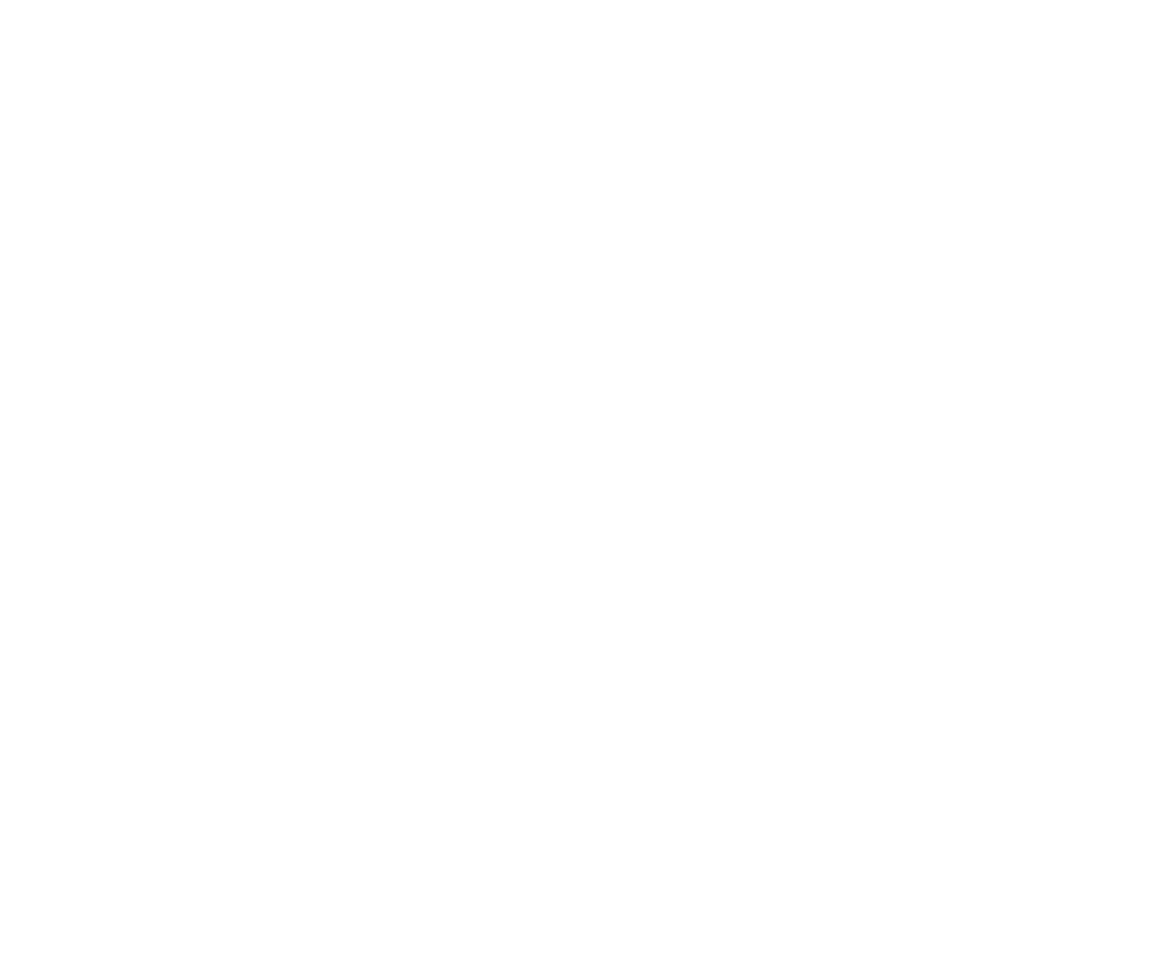
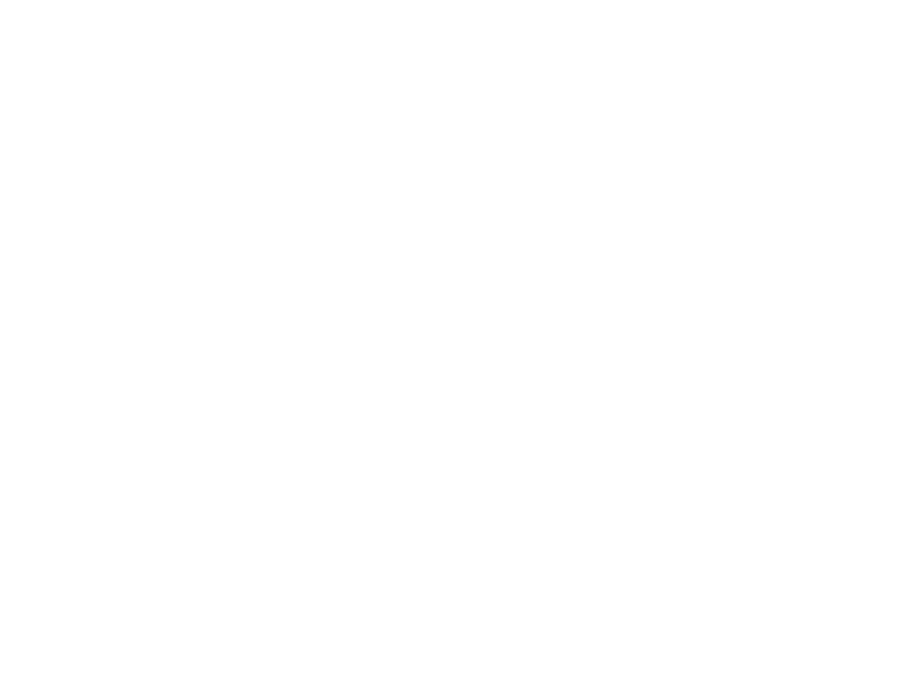
The diagram in dot/trpl17-06.dot (rust-lang/book), drawn with Graphviz before and after one commit. The commit also changed 10 other files, not shown here.

Commit message:
Ch. 17: create a diagram showing blocked parallelism

```diff
--- a/dot/trpl17-06.dot
+++ b/dot/trpl17-06.dot
@@ -1,64 +1,42 @@
 digraph {
    rankdir = LR;
-   newrank = true;
    dpi = 300.0;
    
    node [shape = "plaintext";];
    
+   pinned_box [label = <<table border="0" cellborder="1" cellspacing="0">
+      <tr><td sides="B">Pin</td></tr>
+      <tr><td port="source"> </td></tr>
+      </table>>;];
    
-   subgraph cluster_not_fut {
+   subgraph cluster_box {
+      label = "";
       peripheries = 0;
       
-      pin [label = <<table border="0" cellborder="1" cellspacing="0">
-         <tr><td sides="B">Pin</td></tr>
-         <tr><td port="source"> </td></tr>
-         </table>>;];
-      
-      subgraph cluster_boxes {
-         peripheries = 0;
-         rank = same;
-         
-         subgraph cluster_box_1 {
-            subgraph cluster_box_2_internal {
-               label = "b1";
-               shape = box;
-               style = solid;
-               style = filled;
-               peripheries = 1;
-               box1 [shape = "point";style = "invis";];
-            }
-         }
-         
-         subgraph cluster_box_2 {
-            subgraph cluster_box_2_internal {
-               label = "b2";
-               shape = box;
-               style = solid;
-               peripheries = 1;
-               box2 [shape = "point";];
-            }
-         }
+      subgraph cluster_box_internal {
+         peripheries = 1;
+         label = "b1";
+         shape = box;
+         style = solid;
+         pin [shape = "point";];
       }
    }
-   subgraph cluster_target {
+   
+   subgraph cluster_deref {
       style = bold;
       label = "pinned";
       
-      fut [label = <<table border="0" cellborder="1" cellspacing="0">
+      box [label = <<table border="0" cellborder="1" cellspacing="0">
          <tr><td sides="B">fut</td></tr>
          <tr><td port="target">0</td></tr>
          <tr><td port="source"> </td></tr>
          <tr><td style="dashed">...</td></tr>
          <tr><td port="internal">1</td></tr>
          </table>>;];
    }
    
-   
-   box1 -> box2 [rankdir = TB; style = invis;];
-   
    edge [tailclip = false;];
-   pin -> box1 [style = "invis";];
-   pin -> box2 [tailport = "source:c"; arrowhead = "none";];
-   box2 -> fut [headport = "target";];
-   fut -> fut [tailport = "source:c"; headport = "internal";];
+   pinned_box -> pin [tailport = "source:c"; arrowhead = "none";];
+   pin -> box [headport = "target";];
+   box -> box [tailport = "source:c"; headport = "internal";];
 }
```
